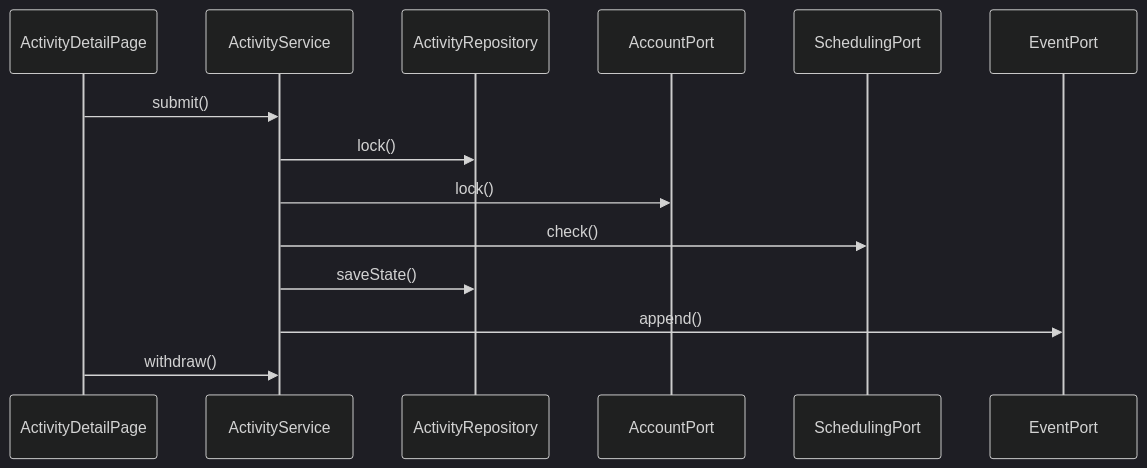
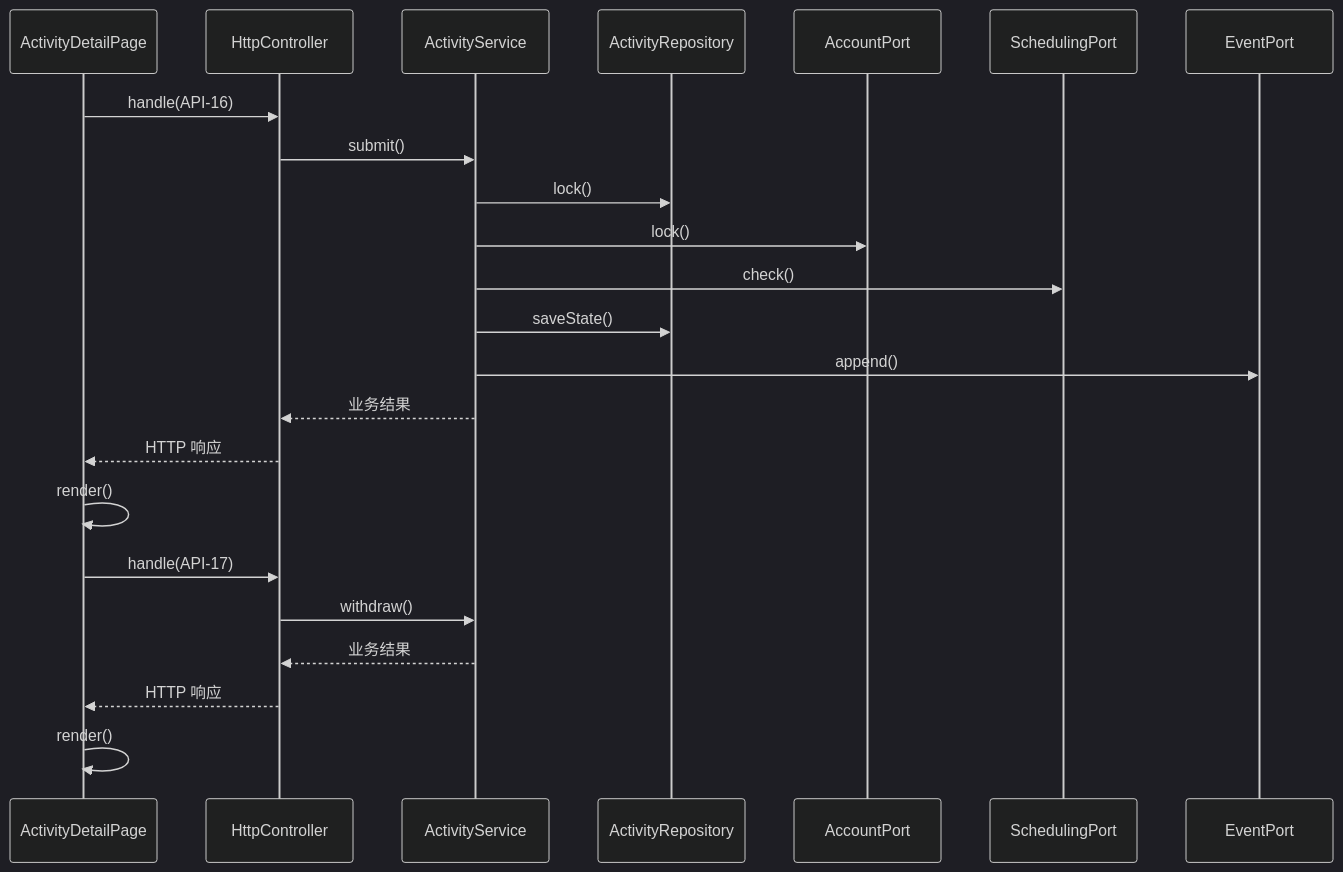
Diagram 15 of 44 in docs/design/software-design-task4.md (Rito-492/campus-sched), drawn with Mermaid (dark theme) before and after one commit. The commit also changed other lines of this file and 3 other files, not shown here.

Commit message:
docs: 修正任务4顺序图HTTP边界与页面调用方向

````diff
--- a/docs/design/software-design-task4.md
+++ b/docs/design/software-design-task4.md
@@ -1337,16 +1459,25 @@
 ```mermaid
 sequenceDiagram
  participant ActivityDetailPage
+ participant HttpController
  participant ActivityService
  participant ActivityRepository
  participant AccountPort
  participant SchedulingPort
  participant EventPort
- ActivityDetailPage->>ActivityService: submit()
+ ActivityDetailPage->>HttpController: handle(API-16)
+ HttpController->>ActivityService: submit()
  ActivityService->>ActivityRepository: lock()
  ActivityService->>AccountPort: lock()
  ActivityService->>SchedulingPort: check()
  ActivityService->>ActivityRepository: saveState()
  ActivityService->>EventPort: append()
- ActivityDetailPage->>ActivityService: withdraw()
+ ActivityService-->>HttpController: 业务结果
+ HttpController-->>ActivityDetailPage: HTTP 响应
+ ActivityDetailPage->>ActivityDetailPage: render()
+ ActivityDetailPage->>HttpController: handle(API-17)
+ HttpController->>ActivityService: withdraw()
+ ActivityService-->>HttpController: 业务结果
+ HttpController-->>ActivityDetailPage: HTTP 响应
+ ActivityDetailPage->>ActivityDetailPage: render()
 ```
````
